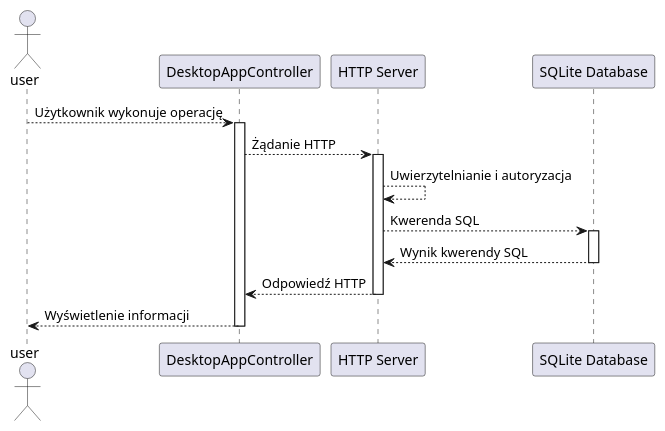
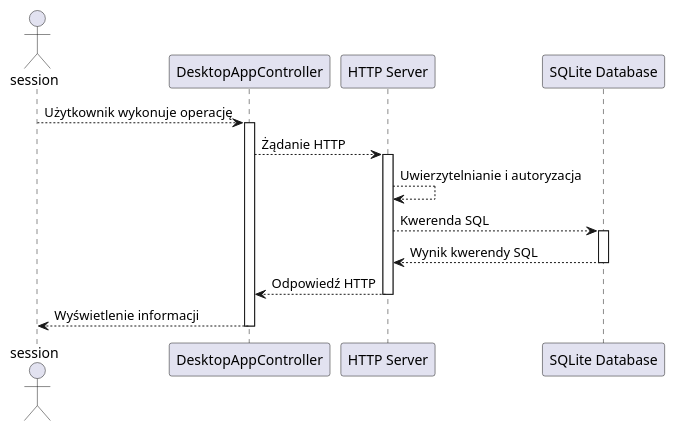
Before and after one commit to Mac14101/po2025: the diagram in readme.md, drawn with PlantUML. The commit also changed other lines of this file and 7 other files, not shown here.

First line of the commit message:
fix: Zmieniono nazwę klasy sesji z User na Session

````diff
--- a/readme.md
+++ b/readme.md
@@ -50,21 +61,21 @@
 ```plantuml
 @startuml
-actor user
+actor session
 participant "DesktopAppController" AS UIController
 participant "HTTP Server" AS Server
 participant "SQLite Database" AS Database
-user --> UIController : Użytkownik wykonuje operację
+session --> UIController : Użytkownik wykonuje operację
 activate UIController
 UIController --> Server : Żądanie HTTP
 activate Server
 Server --> Server : Uwierzytelnianie i autoryzacja
 Server --> Database : Kwerenda SQL
 activate Database
 Database --> Server : Wynik kwerendy SQL
 deactivate Database
 Server --> UIController : Odpowiedź HTTP
 deactivate Server
-UIController --> user : Wyświetlenie informacji
+UIController --> session : Wyświetlenie informacji
 deactivate UIController
 @enduml
 ```
````
